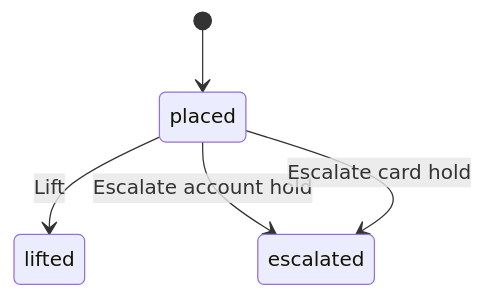
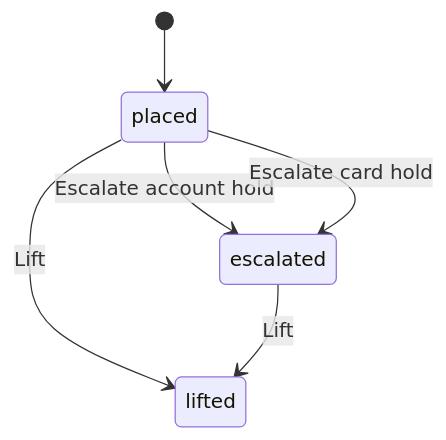
One commit to heckslabs/hecks changed diagram 12 of 21 in examples/banking/glossary/glossary.md. Above: the diagram before and after it, drawn with Mermaid. The commit also changed other lines of this file and 10 other files, not shown here.

````diff
--- a/examples/banking/glossary/glossary.md
+++ b/examples/banking/glossary/glossary.md
@@ -1139,7 +1167,8 @@
 ```mermaid
 stateDiagram-v2
     [*] --> placed
     placed --> lifted: Lift
+    escalated --> lifted: Lift
     placed --> escalated: Escalate account hold
     placed --> escalated: Escalate card hold
 ```
````
